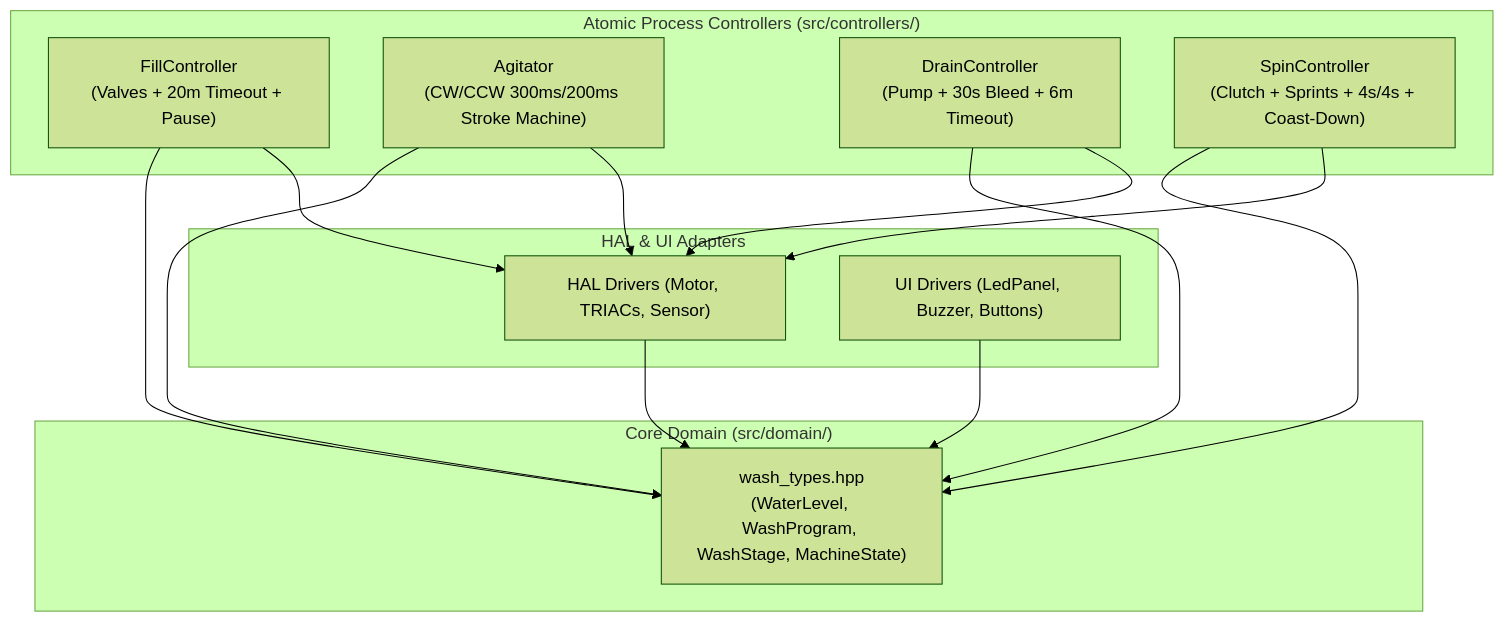
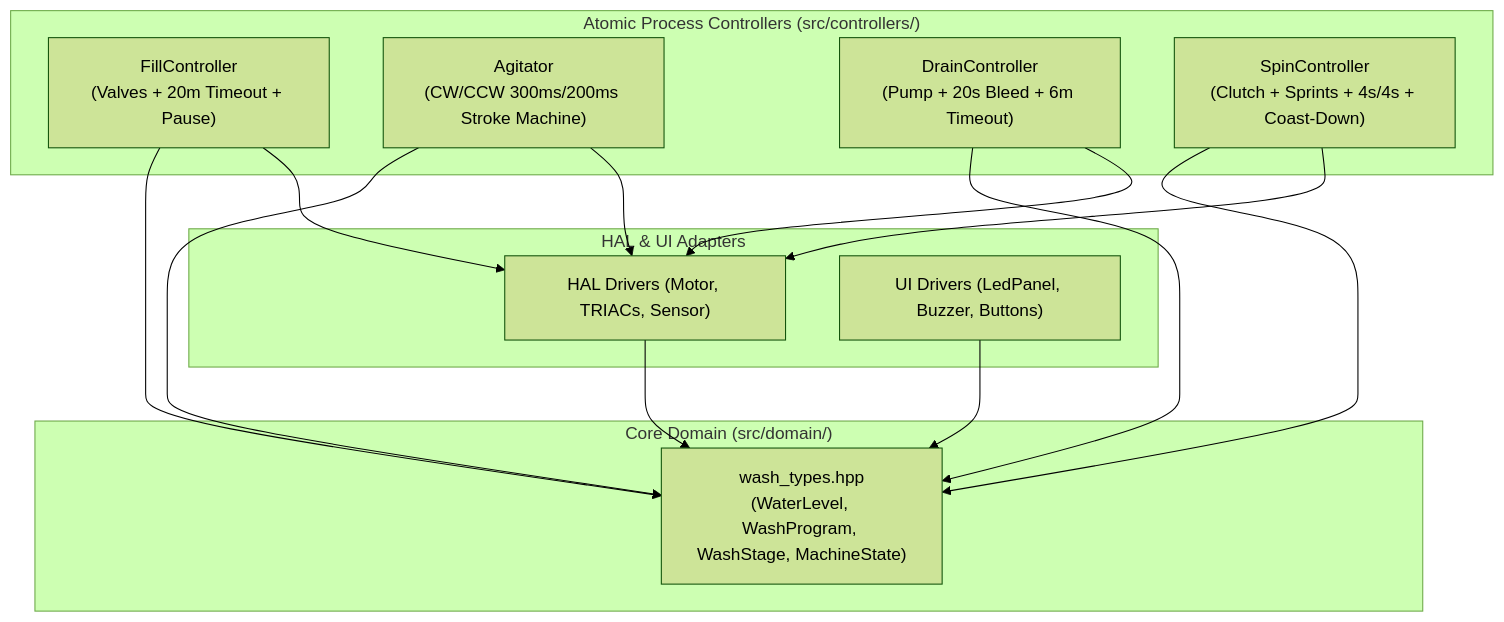
Before and after one commit to aluiziotomazelli/washing-machine: the fourth of 7 diagrams in docs/case-study.md, drawn with Mermaid (forest theme). The commit also changed other lines of this file and 35 other files, not shown here.

````diff
--- a/docs/case-study.md
+++ b/docs/case-study.md
@@ -221,29 +221,29 @@
 ```mermaid
 graph TD
     subgraph Domain_Layer ["Core Domain (src/domain/)"]
         DT["wash_types.hpp<br>(WaterLevel, WashProgram, WashStage, MachineState)"]
     end
 
     subgraph Process_Controllers ["Atomic Process Controllers (src/controllers/)"]
         FC["FillController<br>(Valves + 20m Timeout + Pause)"]
         AC["Agitator<br>(CW/CCW 300ms/200ms Stroke Machine)"]
-        DC["DrainController<br>(Pump + 30s Bleed + 6m Timeout)"]
+        DC["DrainController<br>(Pump + 20s Bleed + 6m Timeout)"]
         SC["SpinController<br>(Clutch + Sprints + 4s/4s + Coast-Down)"]
     end
 
     subgraph Hardware_UI ["HAL & UI Adapters"]
         HAL["HAL Drivers (Motor, TRIACs, Sensor)"]
         UI["UI Drivers (LedPanel, Buzzer, Buttons)"]
     end
 
     FC --> DT
     AC --> DT
     DC --> DT
     SC --> DT
     HAL --> DT
     UI --> DT
     FC --> HAL
     AC --> HAL
     DC --> HAL
     SC --> HAL
 ```
````
